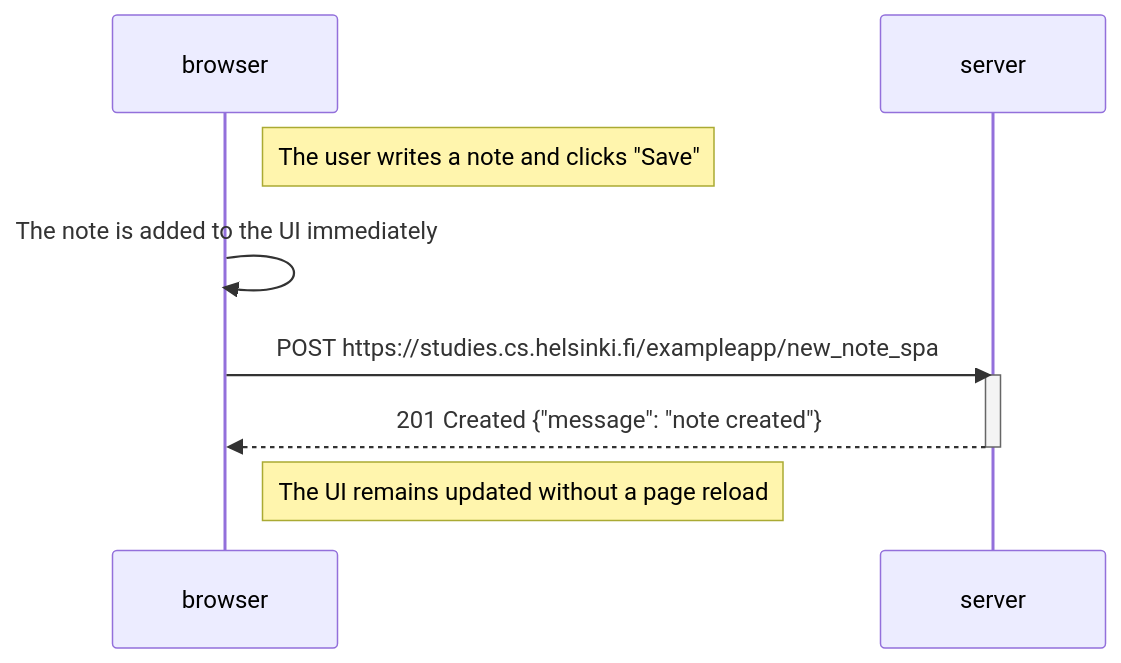
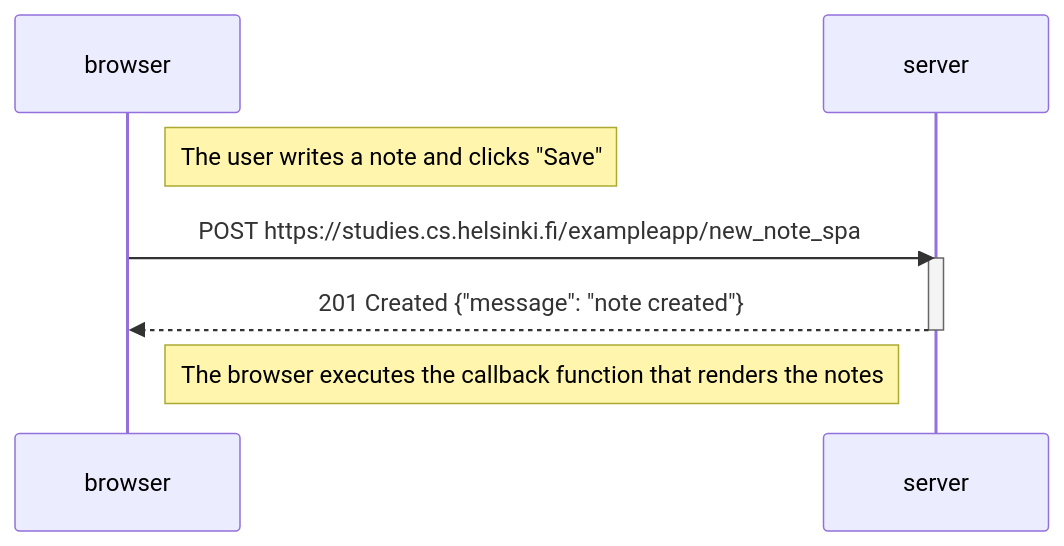
One commit to federicaarosio/full-stack-open changed the diagram in part0/0.6_New-note-in-Single-page-app-diagram.md. Above: the diagram before and after it, drawn with Mermaid. The commit also changed 1 other file, not shown here.

Commit message:
part 0 exercises

````diff
--- a/part0/0.6_New-note-in-Single-page-app-diagram.md
+++ b/part0/0.6_New-note-in-Single-page-app-diagram.md
@@ -1,16 +1,14 @@
 ```mermaid
 sequenceDiagram
     participant browser
     participant server
 
     Note right of browser: The user writes a note and clicks "Save"
-
-    browser->>browser: The note is added to the UI immediately
-
     browser->>server: POST https://studies.cs.helsinki.fi/exampleapp/new_note_spa
     activate server
     server-->>browser: 201 Created {"message": "note created"}
     deactivate server
 
-    Note right of browser: The UI remains updated without a page reload
+    Note right of browser: The browser executes the callback function that renders the notes
+
 ```
````
